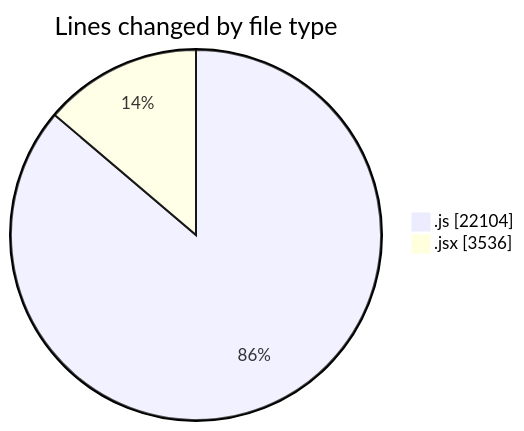
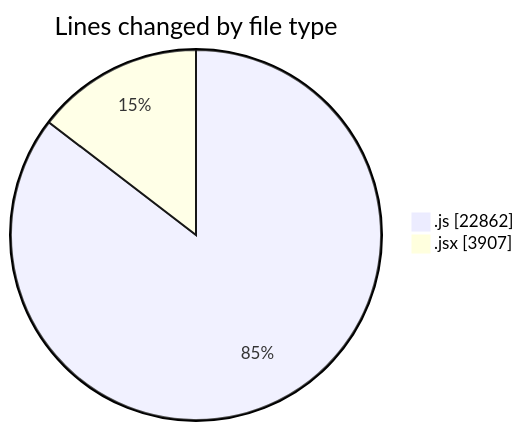
One commit to nxtqubesakshisongat/code-tracking changed the first of 2 diagrams in 2025-09-30/nxtqube_webapp/README.md. Above: the diagram before and after it, drawn with Mermaid. The commit also changed other lines of this file and 1 other file, not shown here.

````diff
--- a/2025-09-30/nxtqube_webapp/README.md
+++ b/2025-09-30/nxtqube_webapp/README.md
@@ -23,6 +24,6 @@
 ```mermaid
 pie showData
 title Lines changed by file type
-".js" : 22104
-".jsx" : 3536
+".js" : 22862
+".jsx" : 3907
 ```
````
